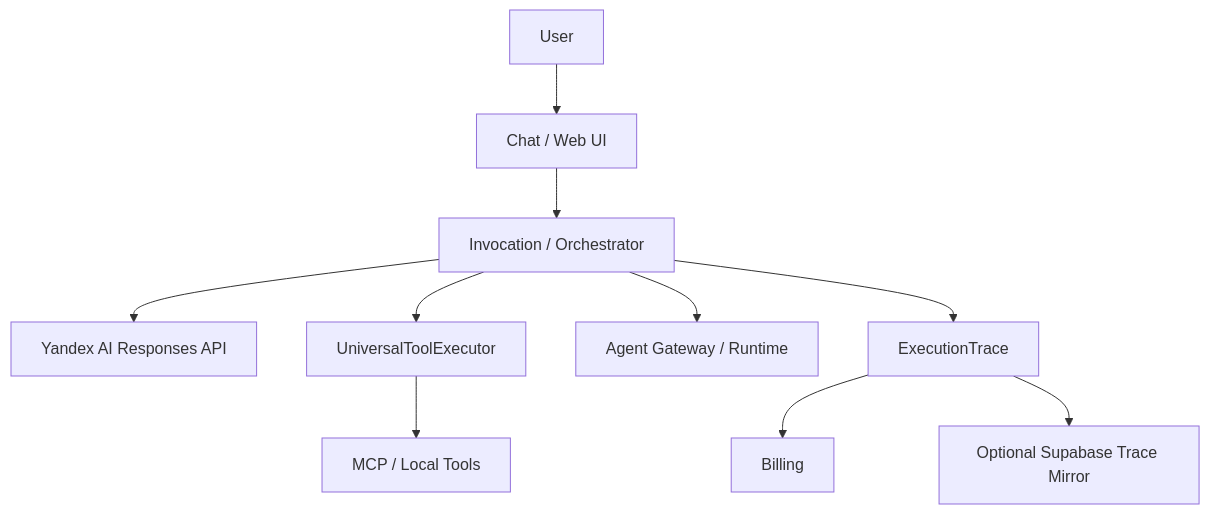
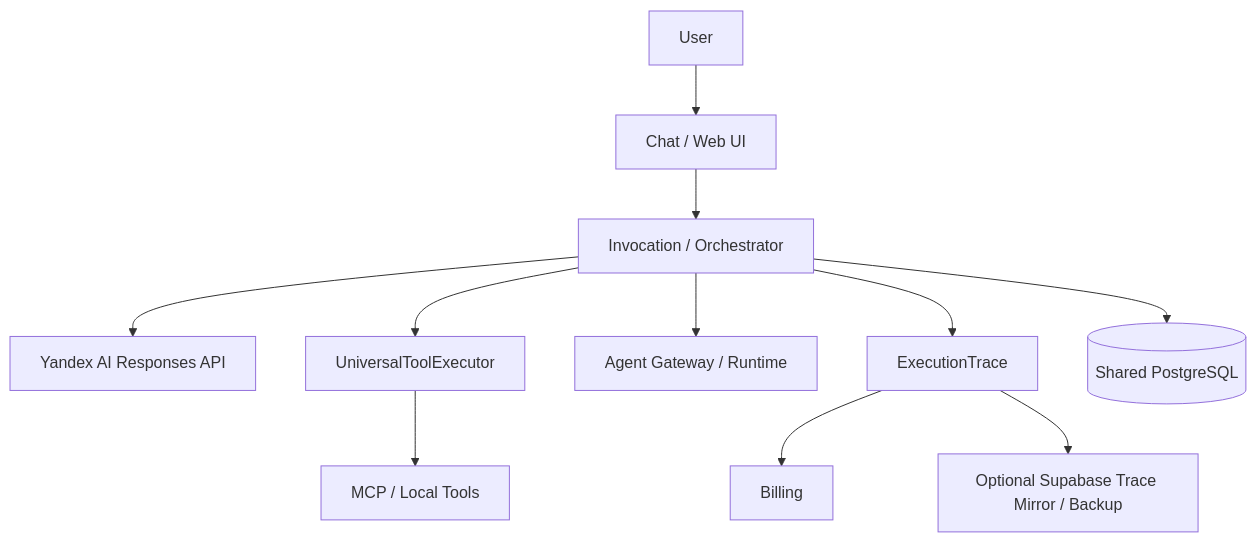
One commit to maksimp6/Chat changed the diagram in README.md. Above: the diagram before and after it, drawn with Mermaid. The commit also changed other lines of this file, not shown here.

Commit message:
docs(db): document shared PostgreSQL Docker workflow

````diff
--- a/README.md
+++ b/README.md
@@ -23,12 +24,13 @@
 ```mermaid
 flowchart TD
     U[User] --> C[Chat / Web UI]
     C --> O[Invocation / Orchestrator]
     O --> Y[Yandex AI Responses API]
     O --> T[UniversalToolExecutor]
     T --> M[MCP / Local Tools]
     O --> A[Agent Gateway / Runtime]
     O --> X[ExecutionTrace]
+    O --> D[(Shared PostgreSQL)]
     X --> B[Billing]
-    X --> S[Optional Supabase Trace Mirror]
+    X --> S[Optional Supabase Trace Mirror / Backup]
 ```
````
